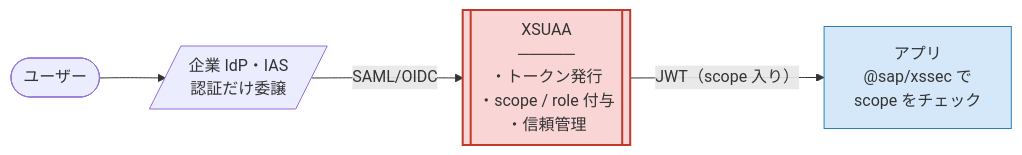
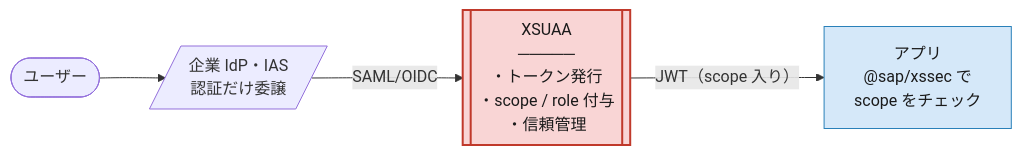
Before and after one commit to miyasuta/cloud-identity-developer-guide: the first of 3 diagrams in learning/01-overview-paradigm-shift.md, drawn with Mermaid. The commit also changed other lines of this file and 3 other files, not shown here.

````diff
--- a/learning/01-overview-paradigm-shift.md
+++ b/learning/01-overview-paradigm-shift.md
@@ -12,13 +12,13 @@
 ```mermaid
 flowchart LR
     User([ユーザー])
     IdP[/企業 IdP・IAS<br/>認証だけ委譲/]
     XSUAA[["XSUAA<br/>─────<br/>・トークン発行<br/>・scope / role 付与<br/>・信頼管理"]]
     App["アプリ<br/>@sap/xssec で<br/>scope をチェック"]
 
     User --> IdP -->|SAML/OIDC| XSUAA
     XSUAA -->|"JWT（scope 入り）"| App
 
-    style XSUAA fill:#f9d5d5,stroke:#c0392b,stroke-width:2px
-    style App fill:#d5e8f9,stroke:#2980b9
+    style XSUAA fill:#f9d5d5,stroke:#c0392b,stroke-width:2px,color:#1a1a1a
+    style App fill:#d5e8f9,stroke:#2980b9,color:#1a1a1a
 ```
````
